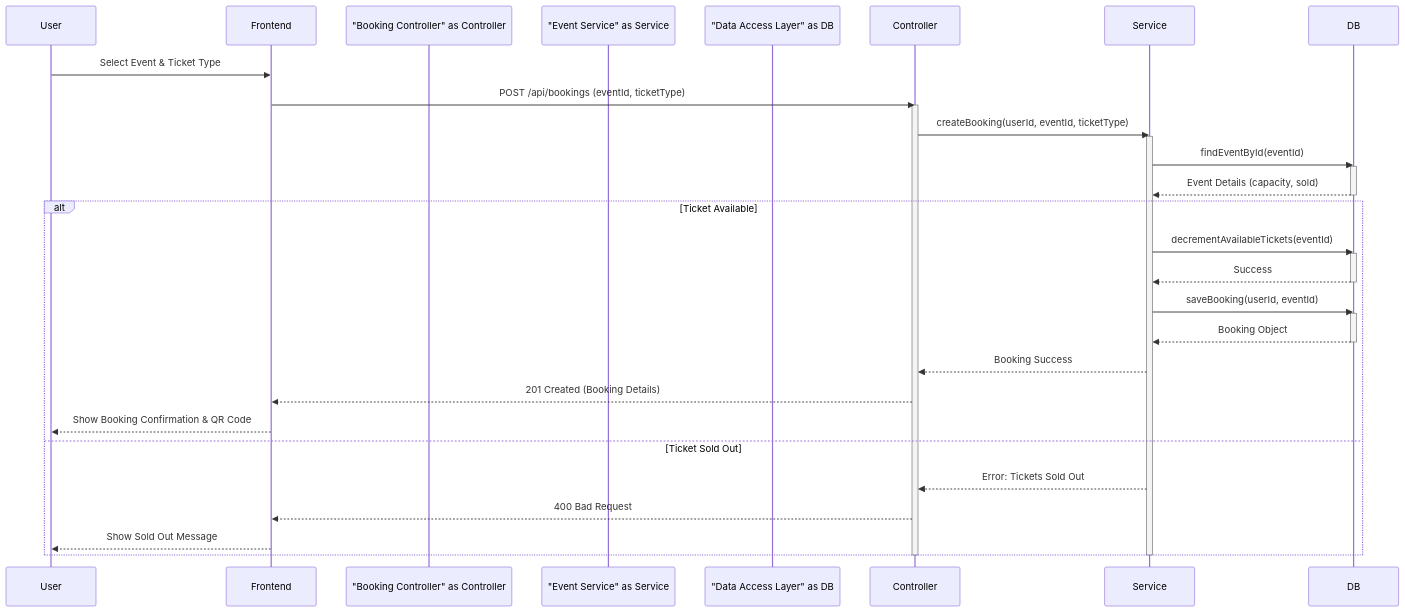
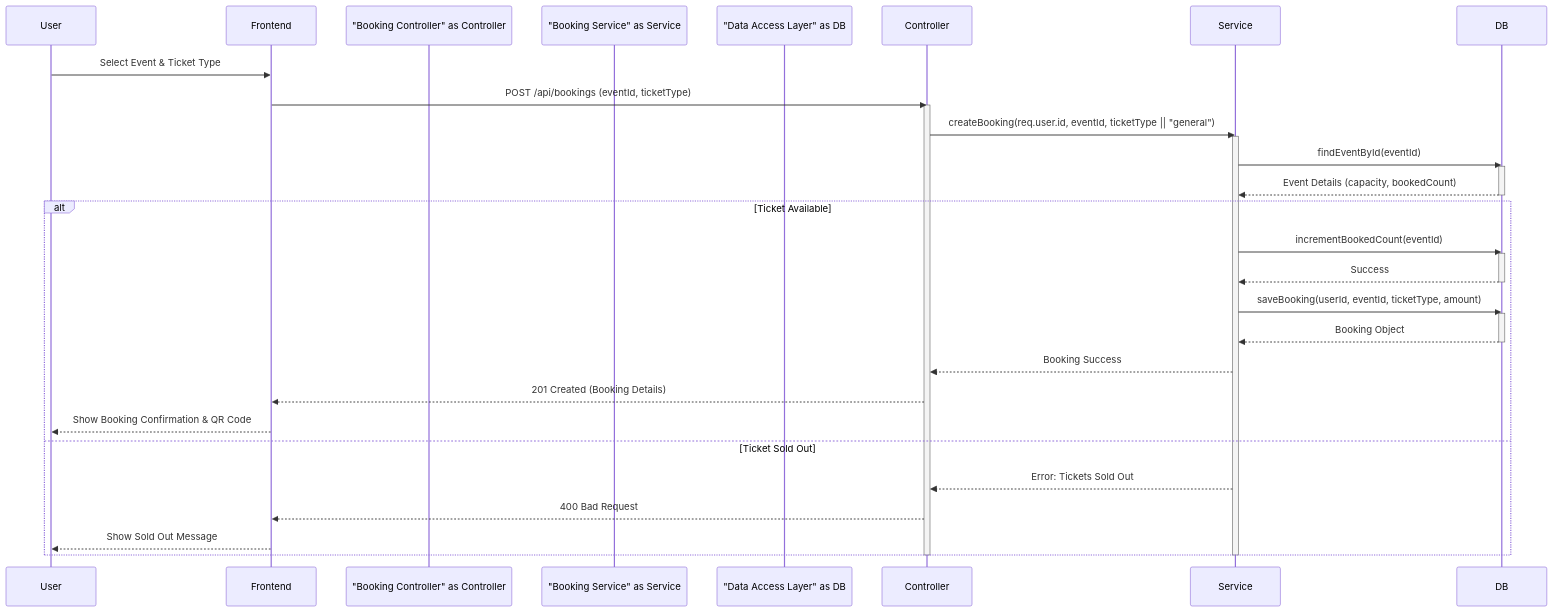
Before and after one commit to CodeVoyager-bit/EventHive: the diagram in sequenceDiagram.md, drawn with Mermaid. The commit also changed 9 other files, not shown here.

````diff
--- a/sequenceDiagram.md
+++ b/sequenceDiagram.md
@@ -10,42 +10,42 @@
 ```mermaid
 sequenceDiagram
     participant User
     participant Frontend
     participant "Booking Controller" as Controller
-    participant "Event Service" as Service
+    participant "Booking Service" as Service
     participant "Data Access Layer" as DB
 
     User->>Frontend: Select Event & Ticket Type
     Frontend->>Controller: POST /api/bookings (eventId, ticketType)
     activate Controller
     
-    Controller->>Service: createBooking(userId, eventId, ticketType)
+    Controller->>Service: createBooking(req.user.id, eventId, ticketType || "general")
     activate Service
     
     Service->>DB: findEventById(eventId)
     activate DB
-    DB-->>Service: Event Details (capacity, sold)
+    DB-->>Service: Event Details (capacity, bookedCount)
     deactivate DB
 
     alt Ticket Available
-        Service->>DB: decrementAvailableTickets(eventId)
+        Service->>DB: incrementBookedCount(eventId)
         activate DB
         DB-->>Service: Success
         deactivate DB
 
-        Service->>DB: saveBooking(userId, eventId)
+        Service->>DB: saveBooking(userId, eventId, ticketType, amount)
         activate DB
         DB-->>Service: Booking Object
         deactivate DB
 
         Service-->>Controller: Booking Success
         Controller-->>Frontend: 201 Created (Booking Details)
         Frontend-->>User: Show Booking Confirmation & QR Code
     else Ticket Sold Out
         Service-->>Controller: Error: Tickets Sold Out
         Controller-->>Frontend: 400 Bad Request
         Frontend-->>User: Show Sold Out Message
     end
     deactivate Service
     deactivate Controller
 ```
````
